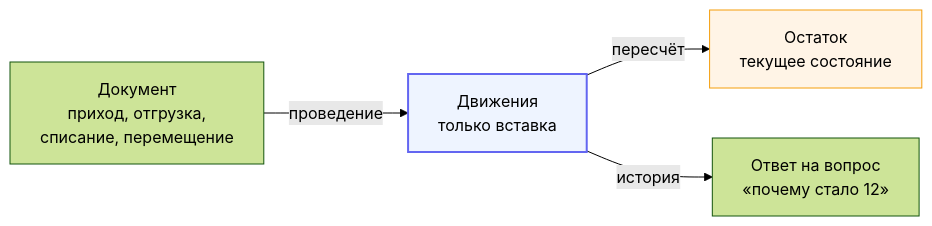
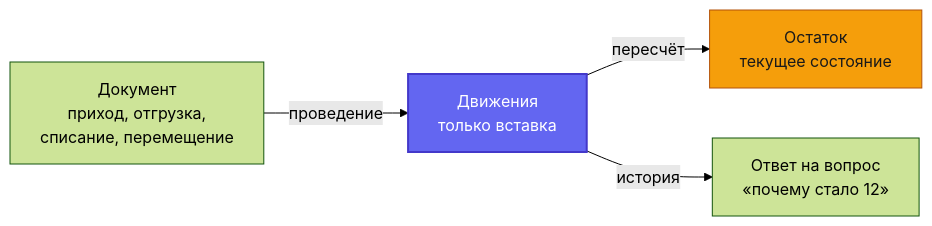
One commit to Shohruh1997/inventory-accounting-notes changed the first of 2 diagrams in README.md. Above: the diagram before and after it, drawn with Mermaid (forest theme). The commit also changed other lines of this file, not shown here.

````diff
--- a/README.md
+++ b/README.md
@@ -30,9 +34,9 @@
 ```mermaid
 flowchart LR
     D[Документ<br/>приход, отгрузка,<br/>списание, перемещение] -->|проведение| M[Движения<br/>только вставка]
     M -->|пересчёт| B[Остаток<br/>текущее состояние]
     M -->|история| Q[Ответ на вопрос<br/>«почему стало 12»]
 
-    style M fill:#eef4ff,stroke:#6366f1,stroke-width:2px
-    style B fill:#fff4e6,stroke:#f59e0b
+    style M fill:#6366f1,stroke:#4338ca,stroke-width:2px,color:#ffffff
+    style B fill:#f59e0b,stroke:#b45309,color:#1a1a1a
 ```
````
